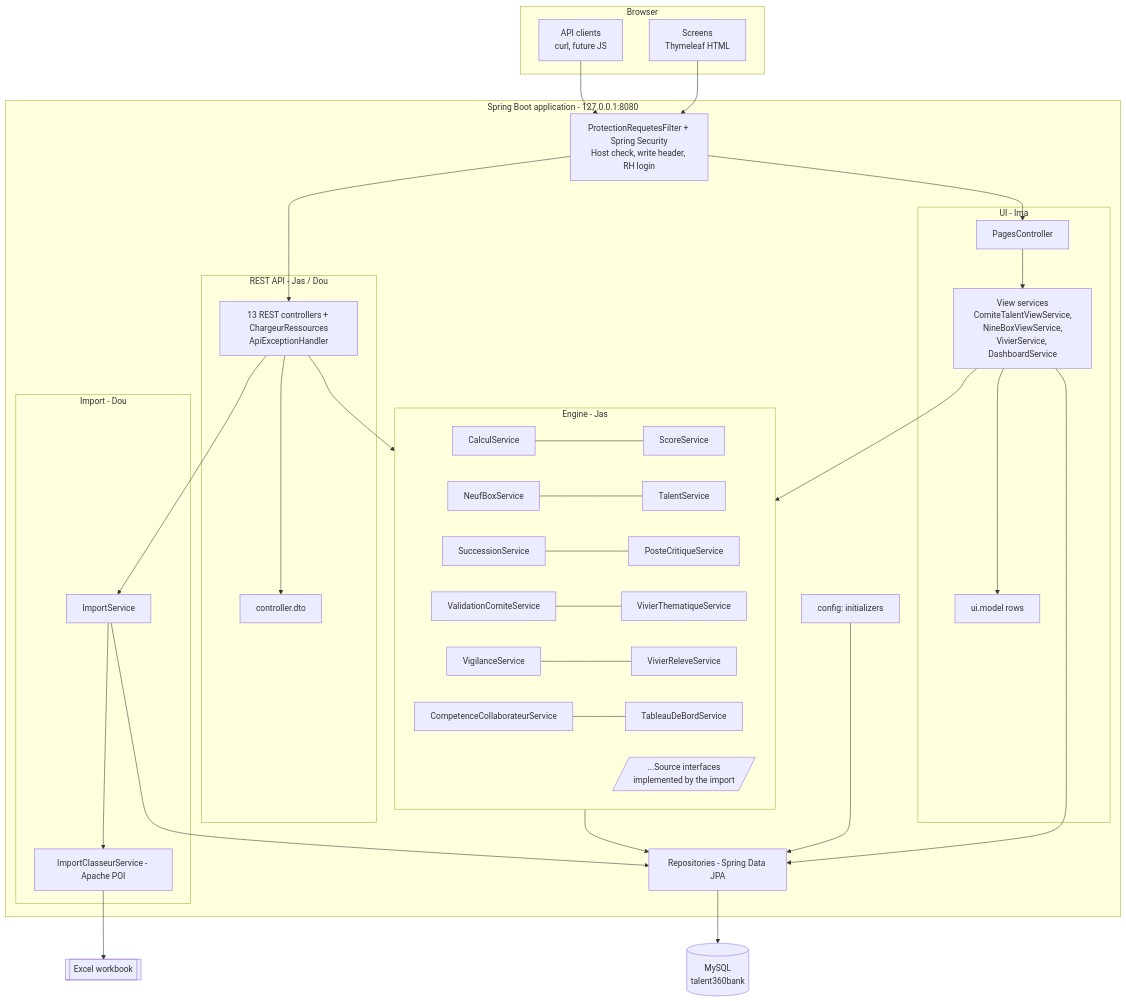
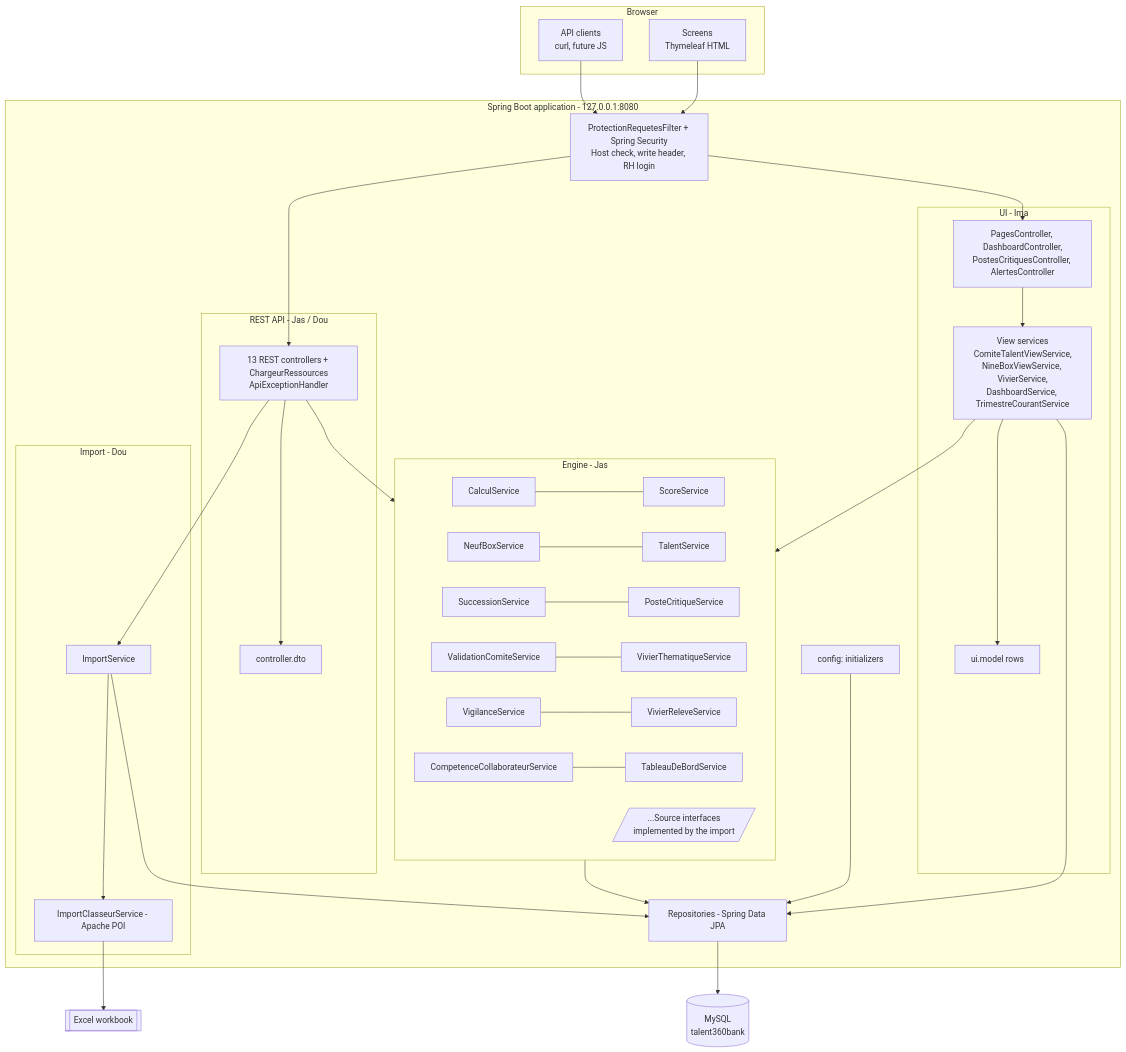
Before and after one commit to yasmine-kh/RH-project: the second of 5 diagrams in docs/guide-developpeur.md, drawn with Mermaid. The commit also changed other lines of this file and 33 other files, not shown here.

Commit message:
feat: real dashboard KPIs, displayed-quarter rule with ?trimestre= selector, own controllers for my modules

````diff
--- a/docs/guide-developpeur.md
+++ b/docs/guide-developpeur.md
@@ -138,47 +183,47 @@
 ```mermaid
 flowchart TB
     subgraph Browser
         UI[Screens<br/>Thymeleaf HTML]
         CLI[API clients<br/>curl, future JS]
     end
     subgraph App[Spring Boot application - 127.0.0.1:8080]
         F[ProtectionRequetesFilter + Spring Security<br/>Host check, write header, RH login]
         subgraph UIL[UI - Ima]
-            PC[PagesController] --> VS[View services<br/>ComiteTalentViewService,<br/>NineBoxViewService,<br/>VivierService, DashboardService]
+            PC[PagesController, DashboardController,<br/>PostesCritiquesController, AlertesController] --> VS[View services<br/>ComiteTalentViewService,<br/>NineBoxViewService, VivierService,<br/>DashboardService, TrimestreCourantService]
             VS --> UM[ui.model rows]
         end
         subgraph API[REST API - Jas / Dou]
             RC[13 REST controllers + ChargeurRessources<br/>ApiExceptionHandler] --> DTO[controller.dto]
         end
         subgraph ENG[Engine - Jas]
             CS[CalculService] --- SS[ScoreService]
             NB[NeufBoxService] --- TS[TalentService]
             SU[SuccessionService] --- PCS[PosteCritiqueService]
             VC[ValidationComiteService] --- VT[VivierThematiqueService]
             VG[VigilanceService] --- VR[VivierReleveService]
             CE[CompetenceCollaborateurService] --- TB[TableauDeBordService]
             SRC[/...Source interfaces<br/>implemented by the import/]
         end
         subgraph IMP[Import - Dou]
             IS[ImportService] --> ER[ImportClasseurService - Apache POI]
         end
         REPO[Repositories - Spring Data JPA]
         CFG[config: initializers]
     end
     DB[(MySQL<br/>talent360bank)]
     XL[[Excel workbook]]
 
     UI --> F
     CLI --> F
     F --> PC
     F --> RC
     VS --> ENG
     RC --> ENG
     RC --> IS
     ER --> XL
     ENG --> REPO
     IS --> REPO
     VS --> REPO
     CFG --> REPO
     REPO --> DB
 ```
````
